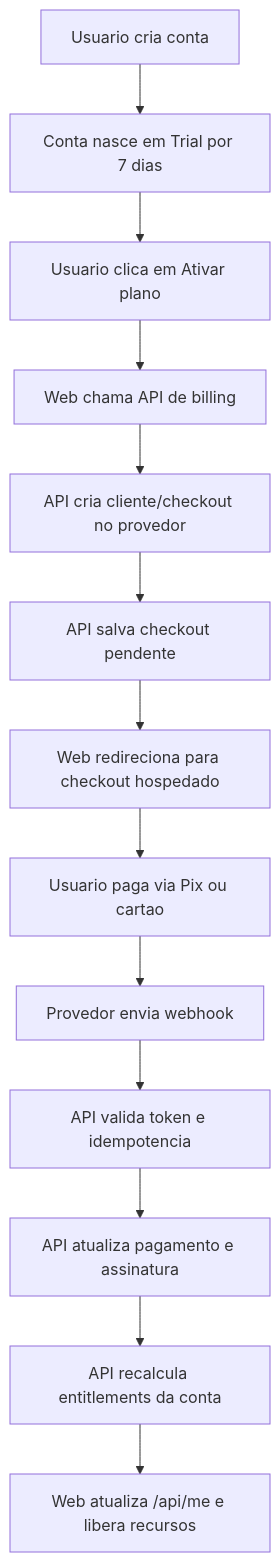
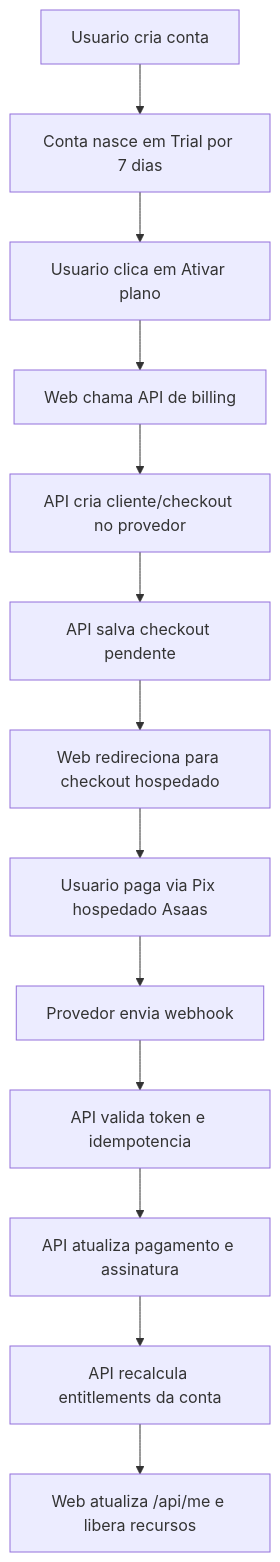
One commit to brunoCarvalhoJr/emprely changed the first of 2 diagrams in docs/product/sistema-pagamentos-assinaturas.md. Above: the diagram before and after it, drawn with Mermaid. The commit also changed other lines of this file and 117 other files, not shown here.

````diff
--- a/docs/product/sistema-pagamentos-assinaturas.md
+++ b/docs/product/sistema-pagamentos-assinaturas.md
@@ -365,15 +450,15 @@
 ```mermaid
 flowchart TD
     A["Usuario cria conta"] --> B["Conta nasce em Trial por 7 dias"]
     B --> C["Usuario clica em Ativar plano"]
     C --> D["Web chama API de billing"]
     D --> E["API cria cliente/checkout no provedor"]
     E --> F["API salva checkout pendente"]
     F --> G["Web redireciona para checkout hospedado"]
-    G --> H["Usuario paga via Pix ou cartao"]
+    G --> H["Usuario paga via Pix hospedado Asaas"]
     H --> I["Provedor envia webhook"]
     I --> J["API valida token e idempotencia"]
     J --> K["API atualiza pagamento e assinatura"]
     K --> L["API recalcula entitlements da conta"]
     L --> M["Web atualiza /api/me e libera recursos"]
 ```
````
